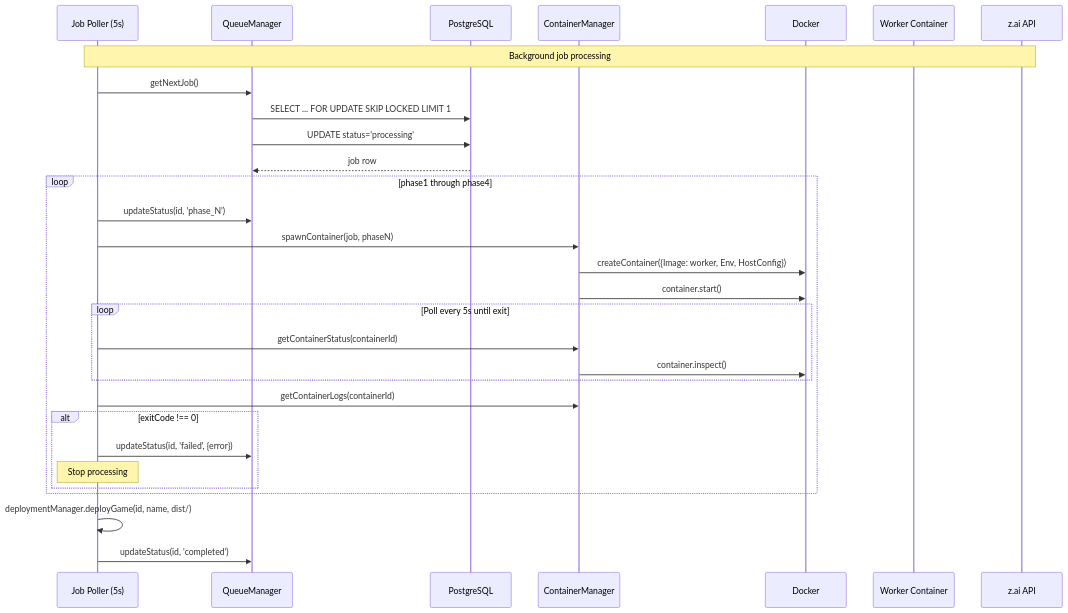
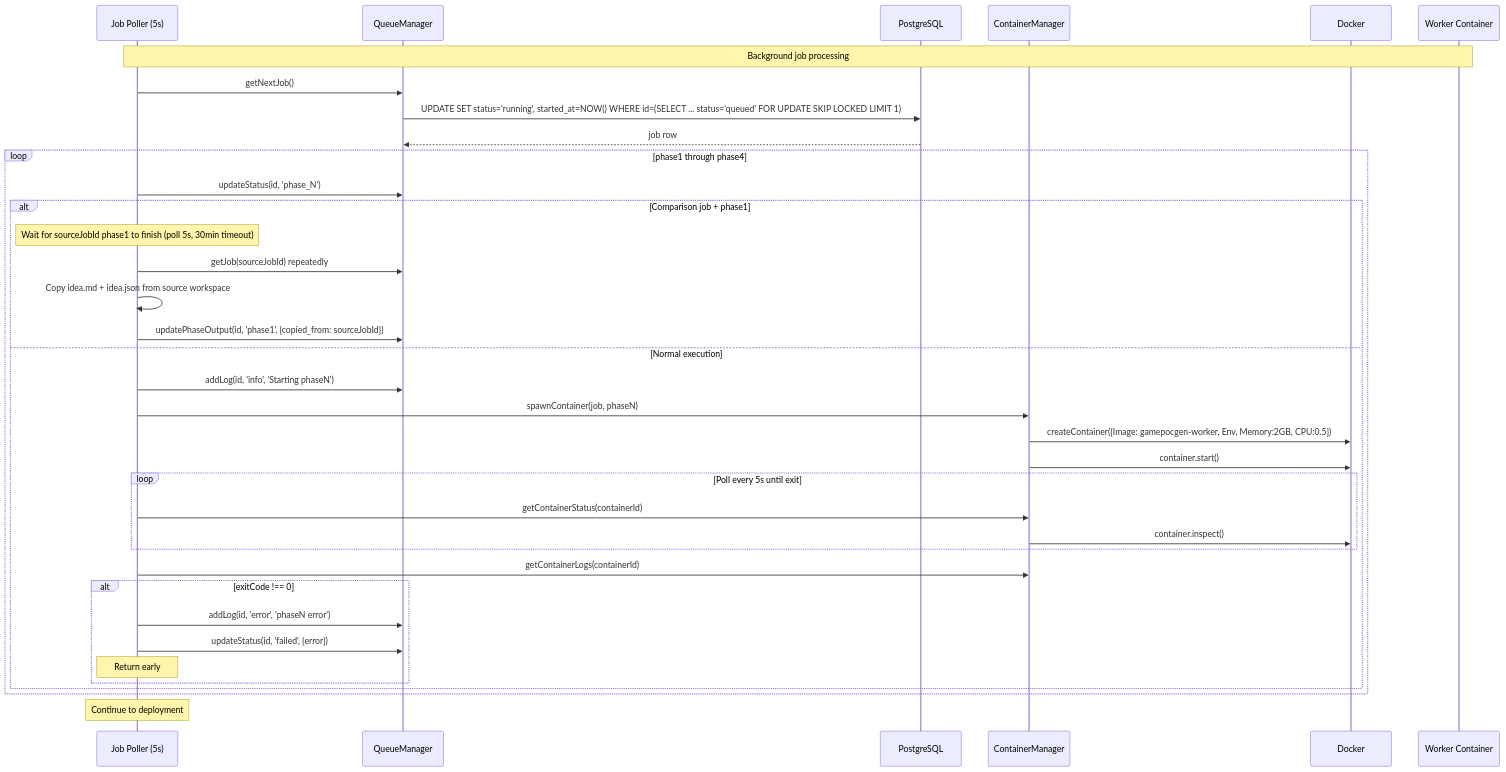
One commit to J-Gierend/gamePocGen changed the third of 7 diagrams in AI/document/02-user-flows.md. Above: the diagram before and after it, drawn with Mermaid. The commit also changed other lines of this file and 12 other files, not shown here.

First line of the commit message:
fix: regenerate all architecture docs from current source

````diff
--- a/AI/document/02-user-flows.md
+++ b/AI/document/02-user-flows.md
@@ -51,37 +65,44 @@
 ```mermaid
 sequenceDiagram
     participant Poller as Job Poller (5s)
     participant QM as QueueManager
     participant DB as PostgreSQL
     participant CM as ContainerManager
     participant Docker
     participant Worker as Worker Container
-    participant ZAI as z.ai API
 
-    Note over Poller,ZAI: Background job processing
+    Note over Poller,Worker: Background job processing
     Poller->>QM: getNextJob()
-    QM->>DB: SELECT ... FOR UPDATE SKIP LOCKED LIMIT 1
-    QM->>DB: UPDATE status='processing'
+    QM->>DB: UPDATE SET status='running', started_at=NOW() WHERE id=(SELECT ... status='queued' FOR UPDATE SKIP LOCKED LIMIT 1)
     DB-->>QM: job row
 
     loop phase1 through phase4
         Poller->>QM: updateStatus(id, 'phase_N')
-        Poller->>CM: spawnContainer(job, phaseN)
-        CM->>Docker: createContainer({Image: worker, Env, HostConfig})
-        CM->>Docker: container.start()
 
-        loop Poll every 5s until exit
-            Poller->>CM: getContainerStatus(containerId)
-            CM->>Docker: container.inspect()
-        end
+        alt Comparison job + phase1
+            Note over Poller: Wait for sourceJobId phase1 to finish (poll 5s, 30min timeout)
+            Poller->>QM: getJob(sourceJobId) repeatedly
+            Poller->>Poller: Copy idea.md + idea.json from source workspace
+            Poller->>QM: updatePhaseOutput(id, 'phase1', {copied_from: sourceJobId})
+        else Normal execution
+            Poller->>QM: addLog(id, 'info', 'Starting phaseN')
+            Poller->>CM: spawnContainer(job, phaseN)
+            CM->>Docker: createContainer({Image: gamepocgen-worker, Env, Memory:2GB, CPU:0.5})
+            CM->>Docker: container.start()
 
-        Poller->>CM: getContainerLogs(containerId)
-        alt exitCode !== 0
-            Poller->>QM: updateStatus(id, 'failed', {error})
-            Note over Poller: Stop processing
+            loop Poll every 5s until exit
+                Poller->>CM: getContainerStatus(containerId)
+                CM->>Docker: container.inspect()
+            end
+
+            Poller->>CM: getContainerLogs(containerId)
+            alt exitCode !== 0
+                Poller->>QM: addLog(id, 'error', 'phaseN error')
+                Poller->>QM: updateStatus(id, 'failed', {error})
+                Note over Poller: Return early
+            end
         end
     end
 
-    Poller->>Poller: deploymentManager.deployGame(id, name, dist/)
-    Poller->>QM: updateStatus(id, 'completed')
+    Note over Poller: Continue to deployment
 ```
````
